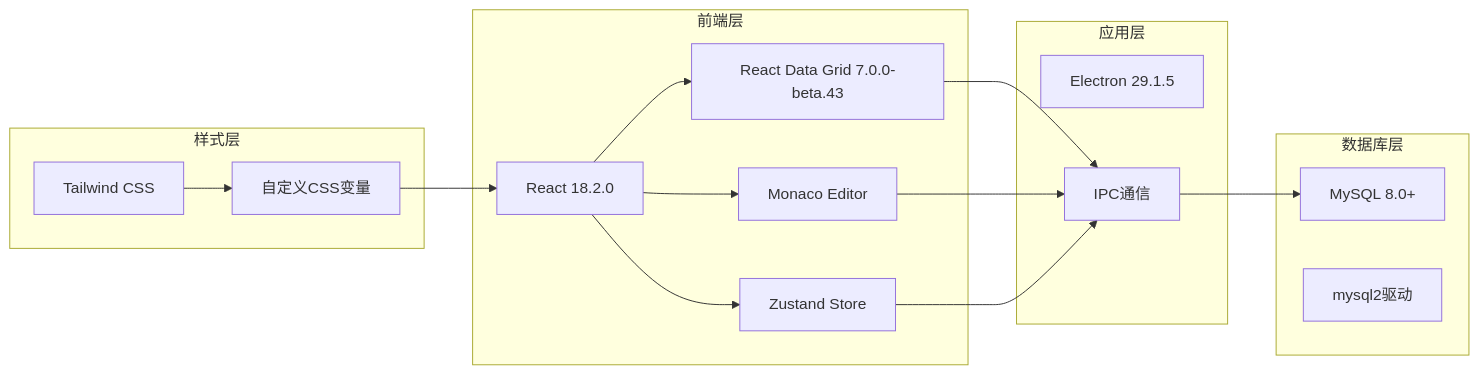
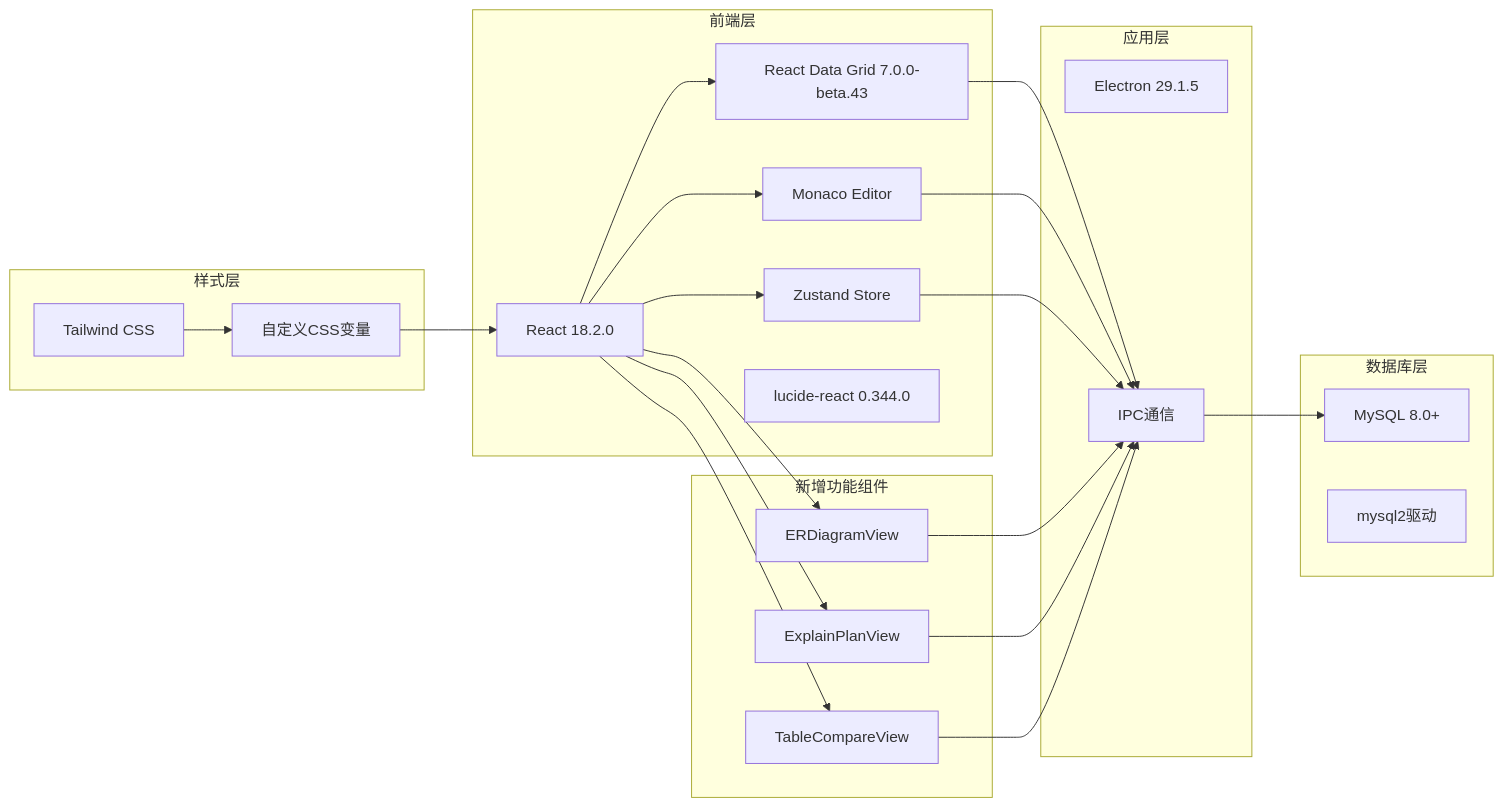
The fourth of 19 diagrams in .qoder/repowiki/zh/content/前端组件系统/数据表格组件.md (wwenbo2048/nexsql), drawn with Mermaid before and after one commit. The commit also changed other lines of this file and 19 other files, not shown here.

````diff
--- a/.qoder/repowiki/zh/content/前端组件系统/数据表格组件.md
+++ b/.qoder/repowiki/zh/content/前端组件系统/数据表格组件.md
@@ -176,30 +224,42 @@
 ```mermaid
 graph LR
 subgraph "前端层"
 React[React 18.2.0]
 RDG[React Data Grid 7.0.0-beta.43]
 Monaco[Monaco Editor]
 Zustand[Zustand Store]
+Lucide[lucide-react 0.344.0]
+end
+subgraph "新增功能组件"
+ERD[ERDiagramView]
+EP[ExplainPlanView]
+TC[TableCompareView]
 end
 subgraph "样式层"
 Tailwind[Tailwind CSS]
 CSS[自定义CSS变量]
 end
 subgraph "应用层"
 Electron[Electron 29.1.5]
 IPC[IPC通信]
 end
 subgraph "数据库层"
 MySQL[MySQL 8.0+]
 mysql2[mysql2驱动]
 end
 React --> RDG
 React --> Monaco
 React --> Zustand
+React --> ERD
+React --> EP
+React --> TC
 RDG --> IPC
 Monaco --> IPC
 Zustand --> IPC
+ERD --> IPC
+EP --> IPC
+TC --> IPC
 IPC --> MySQL
 CSS --> React
 Tailwind --> CSS
 ```
````
